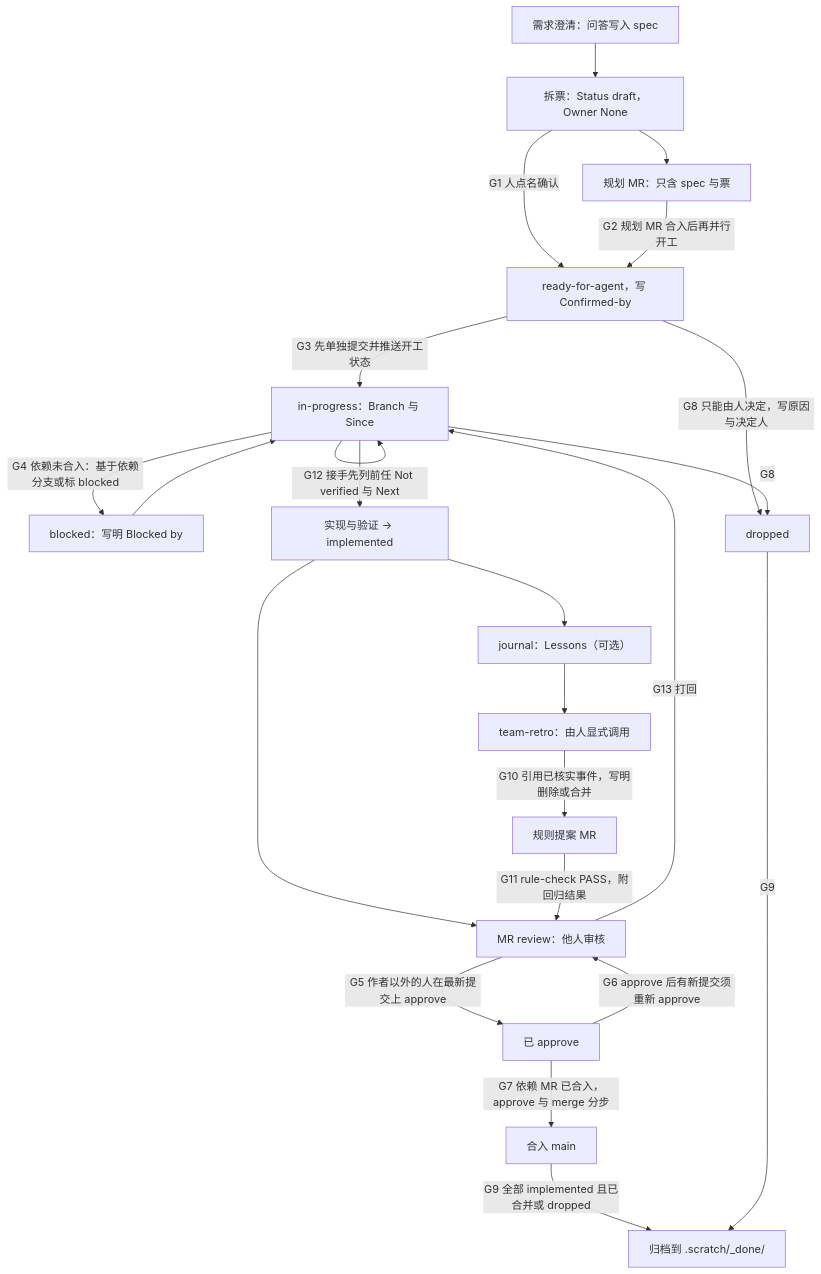
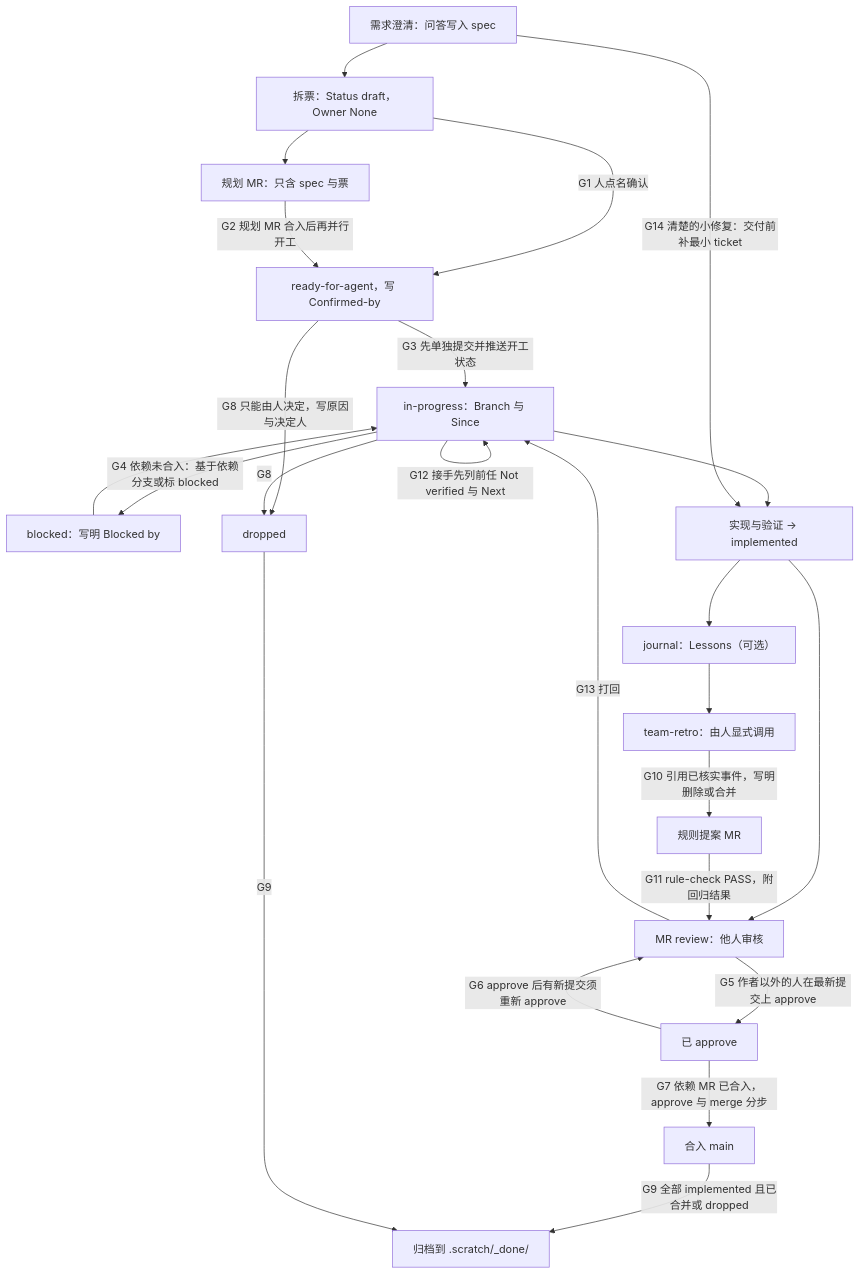
Before and after one commit to anchor-jevons/team-agent-harness: the diagram in templates/workflow.template.md, drawn with Mermaid. The commit also changed other lines of this file and 9 other files, not shown here.

Commit message:
流程标记与反向检查（FLOW-MARK-MISSING）、补齐小修复路径 G14；闸门上限固定 15、GATE-ADDED；闸门 WARN 需 reviewer 写理由；检查一律运行 main 版本（--from-base、SCRIPT-DIFFERS）；RG-25–27

````diff
--- a/templates/workflow.template.md
+++ b/templates/workflow.template.md
@@ -7,25 +9,26 @@
 ```mermaid
 flowchart TD
   ask["需求澄清：问答写入 spec"] --> plan["拆票：Status draft，Owner None"]
   plan -->|"G1 人点名确认"| ready["ready-for-agent，写 Confirmed-by"]
   plan --> planmr["规划 MR：只含 spec 与票"]
   planmr -->|"G2 规划 MR 合入后再并行开工"| ready
   ready -->|"G3 先单独提交并推送开工状态"| claim["in-progress：Branch 与 Since"]
   claim -->|"G4 依赖未合入：基于依赖分支或标 blocked"| blocked["blocked：写明 Blocked by"]
   blocked --> claim
   claim --> impl["实现与验证 → implemented"]
   impl --> review["MR review：他人审核"]
+  ask -->|"G14 清楚的小修复：交付前补最小 ticket"| impl
   review -->|"G13 打回"| claim
   review -->|"G5 作者以外的人在最新提交上 approve"| approved["已 approve"]
   approved -->|"G6 approve 后有新提交须重新 approve"| review
   approved -->|"G7 依赖 MR 已合入，approve 与 merge 分步"| merged["合入 main"]
   claim -->|"G12 接手先列前任 Not verified 与 Next"| claim
   ready -->|"G8 只能由人决定，写原因与决定人"| dropped["dropped"]
   claim -->|"G8"| dropped
   merged -->|"G9 全部 implemented 且已合并或 dropped"| archive["归档到 .scratch/_done/"]
   dropped -->|"G9"| archive
   impl --> journal["journal：Lessons（可选）"]
   journal --> retro["team-retro：由人显式调用"]
   retro -->|"G10 引用已核实事件，写明删除或合并"| rulemr["规则提案 MR"]
   rulemr -->|"G11 rule-check PASS，附回归结果"| review
 ```
````
